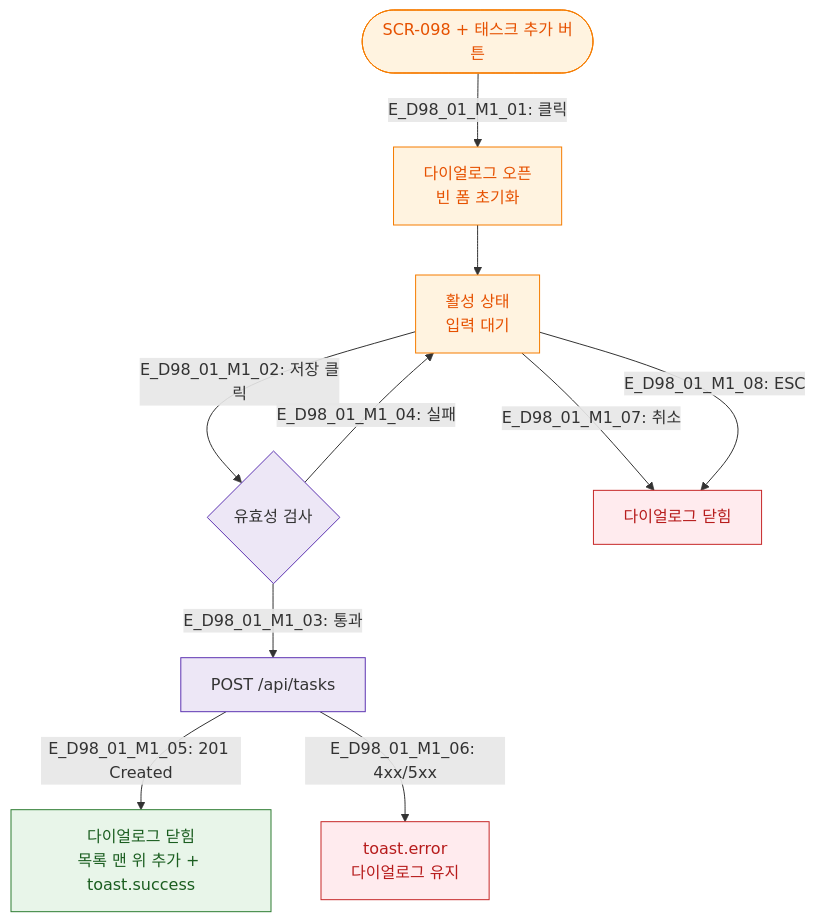
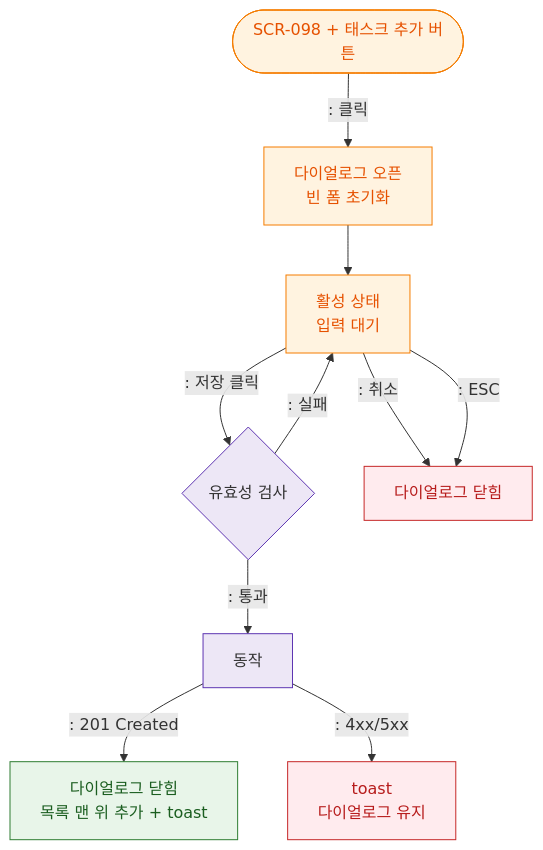
One commit to dev-spogym/admin-pando changed the diagram in docs/다이어그램/D10_본사관리/DLG/DLG-098-001_태스크추가/M1_생명주기.md. Above: the diagram before and after it, drawn with Mermaid. The commit also changed other lines of this file and 1660 other files, not shown here.

First line of the commit message:
다이어그램: 기획자/클라이언트 납품본으로 정리

````diff
--- a/docs/다이어그램/D10_본사관리/DLG/DLG-098-001_태스크추가/M1_생명주기.md
+++ b/docs/다이어그램/D10_본사관리/DLG/DLG-098-001_태스크추가/M1_생명주기.md
@@ -14,28 +12,28 @@
 ```mermaid
 flowchart TD
-  Trigger([SCR-098 + 태스크 추가 버튼]) -->|"E_D98_01_M1_01: 클릭"| Open[다이얼로그 오픈\n빈 폼 초기화]
+  Trigger([SCR-098 + 태스크 추가 버튼]) -->|": 클릭"|Open[다이얼로그 오픈\n빈 폼 초기화]
 
   Open --> Active[활성 상태\n입력 대기]
 
-  Active -->|"E_D98_01_M1_02: 저장 클릭"| Validate{유효성 검사}
-  Validate -->|"E_D98_01_M1_03: 통과"| Submit[POST /api/tasks]
-  Validate -->|"E_D98_01_M1_04: 실패"| Active
+  Active -->|": 저장 클릭"|Validate{유효성 검사}
+  Validate -->|": 통과"|Submit[동작]
+  Validate -->|": 실패"|Active
 
-  Submit -->|"E_D98_01_M1_05: 201 Created"| Success[다이얼로그 닫힘\n목록 맨 위 추가 + toast.success]
-  Submit -->|"E_D98_01_M1_06: 4xx/5xx"| Error[toast.error\n다이얼로그 유지]
+  Submit -->|": 201 Created"|Success[다이얼로그 닫힘\n목록 맨 위 추가 + toast]
+  Submit -->|": 4xx/5xx"|Error[toast\n다이얼로그 유지]
 
-  Active -->|"E_D98_01_M1_07: 취소"| Cancel[다이얼로그 닫힘]
-  Active -->|"E_D98_01_M1_08: ESC"| Cancel
+  Active -->|": 취소"|Cancel[다이얼로그 닫힘]
+  Active -->|": ESC"|Cancel
 
   classDef trigger fill:#FFF3E0,stroke:#F57C00,color:#E65100
   classDef modal fill:#FFF3E0,stroke:#F57C00,color:#E65100
   classDef system fill:#EDE7F6,stroke:#5E35B2
   classDef success fill:#E8F5E9,stroke:#2E7D32,color:#1B5E20
   classDef error fill:#FFEBEE,stroke:#C62828,color:#B71C1C
 
   class Trigger trigger
   class Open,Active modal
   class Validate,Submit system
   class Success success
   class Error,Cancel error
 ```
````
